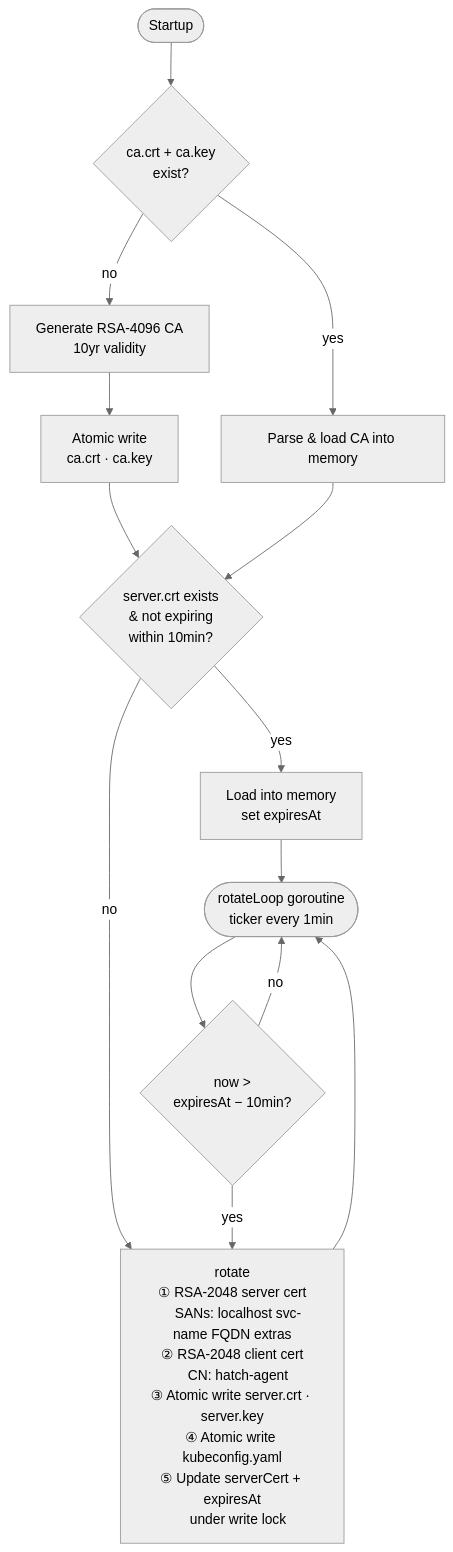
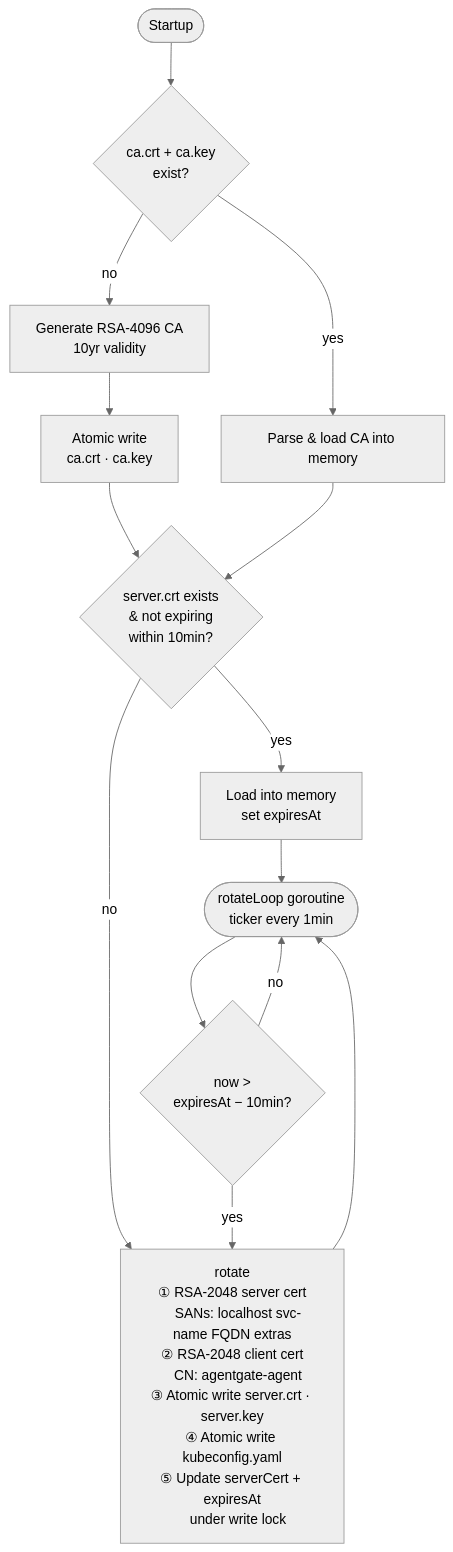
Before and after one commit to avinashpenmetsa/k8s-agentgate: the second of 4 diagrams in ARCHITECTURE.md, drawn with Mermaid (neutral theme). The commit also changed other lines of this file and 20 other files, not shown here.

````diff
--- a/ARCHITECTURE.md
+++ b/ARCHITECTURE.md
@@ -45,25 +45,25 @@
 ```mermaid
 flowchart TD
     Start([Startup])
 
     Start --> loadCA{ca.crt + ca.key\nexist?}
     loadCA -->|yes| parseCA[Parse & load CA into memory]
     loadCA -->|no| genCA[Generate RSA-4096 CA\n10yr validity]
     genCA --> writeCA[Atomic write\nca.crt · ca.key]
     writeCA --> loadCerts
     parseCA --> loadCerts
 
     loadCerts{server.crt exists\n& not expiring\nwithin 10min?}
     loadCerts -->|yes| loadMem[Load into memory\nset expiresAt]
     loadCerts -->|no| rotate
 
-    rotate[rotate\n① RSA-2048 server cert\n   SANs: localhost svc-name FQDN extras\n② RSA-2048 client cert\n   CN: hatch-agent\n③ Atomic write server.crt · server.key\n④ Atomic write kubeconfig.yaml\n⑤ Update serverCert + expiresAt\n   under write lock]
+    rotate[rotate\n① RSA-2048 server cert\n   SANs: localhost svc-name FQDN extras\n② RSA-2048 client cert\n   CN: agentgate-agent\n③ Atomic write server.crt · server.key\n④ Atomic write kubeconfig.yaml\n⑤ Update serverCert + expiresAt\n   under write lock]
 
     loadMem --> loop
     rotate --> loop
 
     loop([rotateLoop goroutine\nticker every 1min])
     loop --> check{now >\nexpiresAt − 10min?}
     check -->|no| loop
     check -->|yes| rotate
 ```
````
